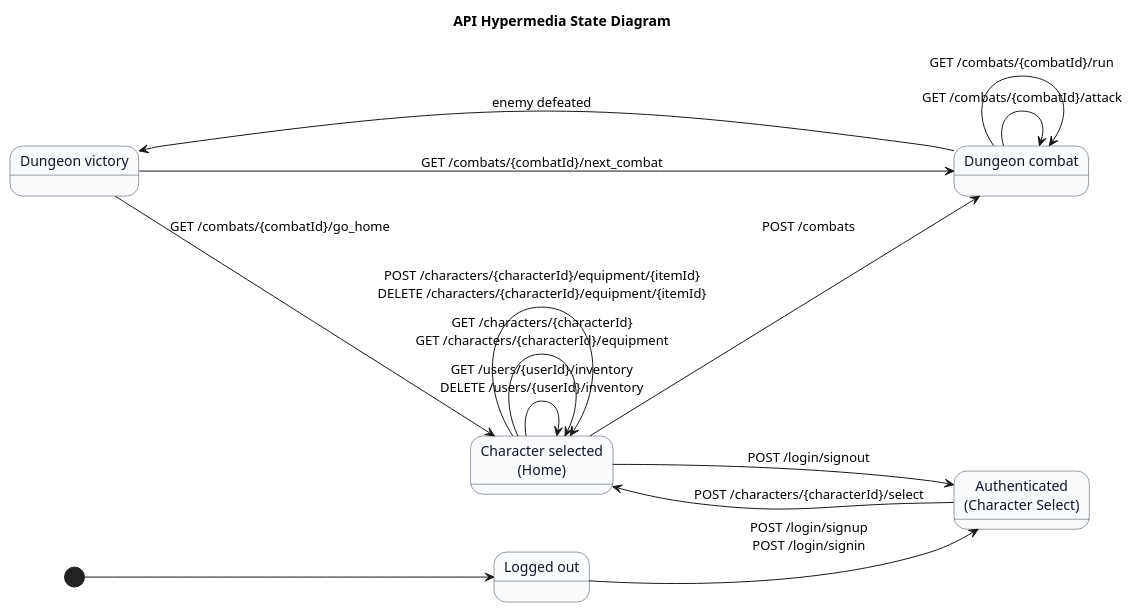
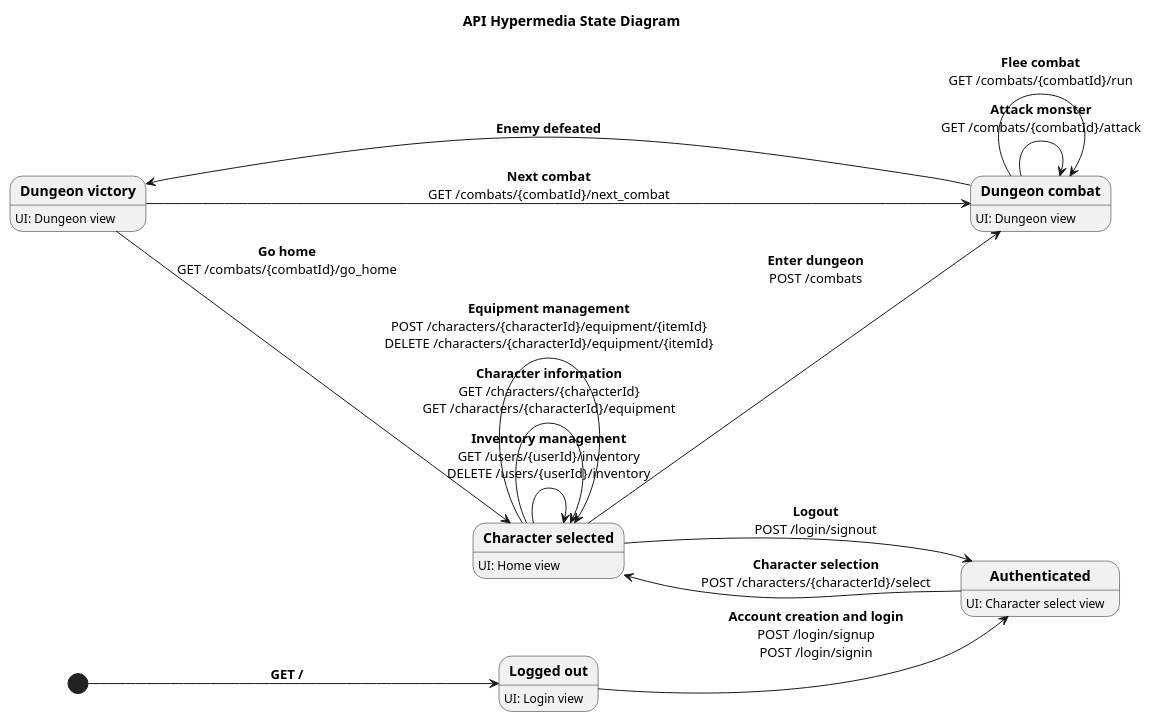
The diagram in docs/hypermedia-state.puml (cyborgwalrus/dungeons-and-databases), drawn with PlantUML before and after one commit. The commit also changed 1 other file, not shown here.

Commit message:
diagram update

```diff
--- a/docs/hypermedia-state.puml
+++ b/docs/hypermedia-state.puml
@@ -1,36 +1,31 @@
 @startuml hypermedia-state
 title API Hypermedia State Diagram
 left to right direction
 'skinparam linetype polyline
 'skinparam linetype ortho
 skinparam shadowing false
-skinparam state {
-  BackgroundColor #F9FAFB
-  BorderColor #334155
-  FontColor #0F172A
-}
 
-state "Logged out" as logged_out
-state "Authenticated\n(Character Select)" as authenticated
-state "Character selected\n(Home)" as home
-state "Dungeon combat" as combat
-state "Dungeon victory" as victory
+state "**Logged out**" as logged_out: UI: Login view
+state "**Authenticated**" as authenticated: UI: Character select view
+state "**Character selected**" as home: UI: Home view
+state "**Dungeon combat**" as combat: UI: Dungeon view
+state "**Dungeon victory**" as victory: UI: Dungeon view
 
-[*] --> logged_out
+[*] --> logged_out: **GET /**
 
-logged_out --> authenticated : POST /login/signup\nPOST /login/signin
-authenticated --> home : POST /characters/{characterId}/select
+logged_out --> authenticated : **Account creation and login**\nPOST /login/signup\nPOST /login/signin
+authenticated --> home : **Character selection**\nPOST /characters/{characterId}/select
 
-home --> combat : POST /combats
-home --> authenticated : POST /login/signout
-home --> home : GET /users/{userId}/inventory\nDELETE /users/{userId}/inventory
-home --> home : GET /characters/{characterId}\nGET /characters/{characterId}/equipment
-home --> home : POST /characters/{characterId}/equipment/{itemId}\nDELETE /characters/{characterId}/equipment/{itemId}
+home --> combat : **Enter dungeon**\nPOST /combats
+home --> authenticated : **Logout**\nPOST /login/signout
+home --> home : **Inventory management**\nGET /users/{userId}/inventory\nDELETE /users/{userId}/inventory
+home --> home : **Character information**\nGET /characters/{characterId}\nGET /characters/{characterId}/equipment
+home --> home : **Equipment management**\nPOST /characters/{characterId}/equipment/{itemId}\nDELETE /characters/{characterId}/equipment/{itemId}
 
-combat --> combat : GET /combats/{combatId}/attack
-combat --> combat : GET /combats/{combatId}/run
-combat --> victory : enemy defeated
-victory -> combat : GET /combats/{combatId}/next_combat
-victory --> home : GET /combats/{combatId}/go_home
+combat --> combat : **Attack monster**\nGET /combats/{combatId}/attack
+combat --> combat : **Flee combat**\nGET /combats/{combatId}/run
+combat --> victory : **Enemy defeated**
+victory -> combat : **Next combat**\nGET /combats/{combatId}/next_combat
+victory --> home : **Go home**\nGET /combats/{combatId}/go_home
 
 @enduml
```
